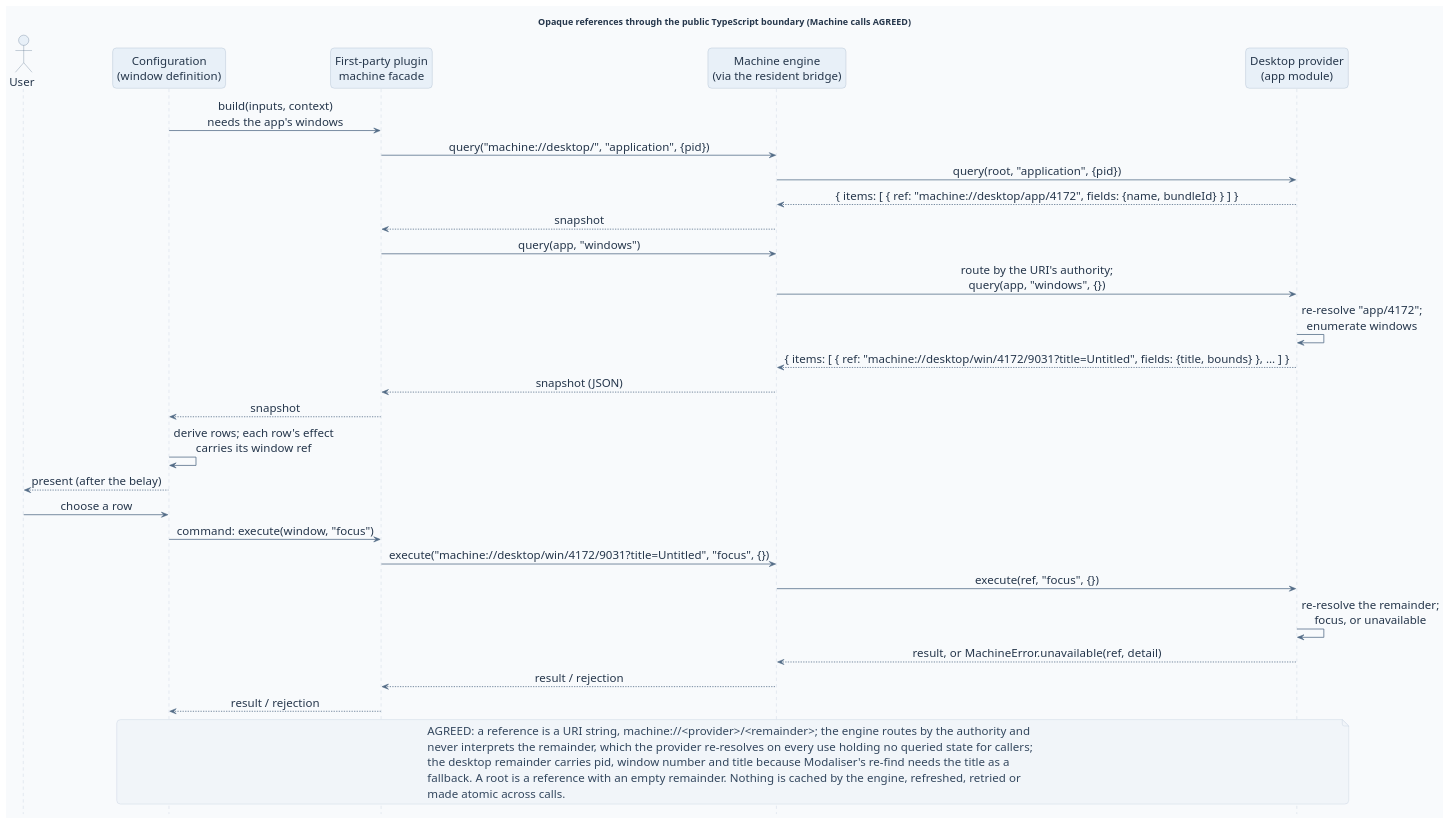
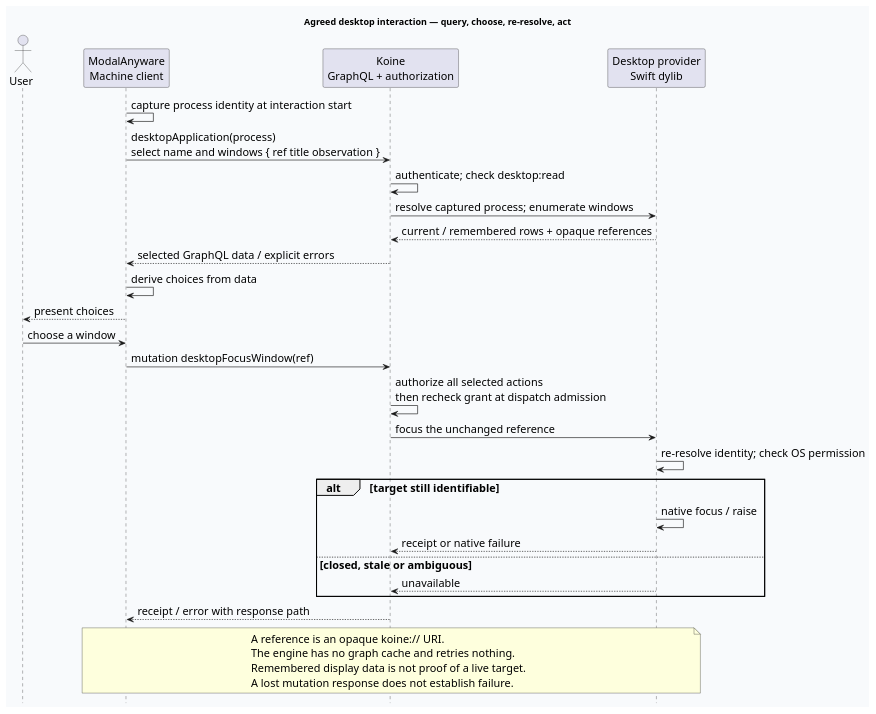
The diagram in docs/design/architecture/addressing.puml (Linkuistics/Koine), drawn with PlantUML before and after one commit. The commit also changed 26 other files, not shown here.

Commit message:
Define approved desktop GraphQL and native provider contract (desktop-contract-k2)

```diff
--- a/docs/design/architecture/addressing.puml
+++ b/docs/design/architecture/addressing.puml
@@ -1,74 +1,38 @@
 @startuml addressing
-' accTitle: Opaque references through the public TypeScript boundary, with the agreed Machine calls
-' accDescr: Configuration asks the first-party plugin for the windows of the application recorded at the leader. The first-party plugin converts the interaction context to a reference with a root query, queries the windows relation through the resident bridge, and the engine routes to the desktop provider, which resolves the relation and returns a snapshot whose items carry references and fields. Configuration derives rows; the chosen row's reference travels unchanged in its effect; the command executes focus on that reference, and the provider re-resolves the key, reporting unavailable if the window has gone.
-
 skinparam backgroundColor #F8FAFC
 skinparam defaultFontName Helvetica
-skinparam defaultFontSize 18
-skinparam defaultFontColor #25364B
+skinparam defaultFontSize 17
 skinparam shadowing false
-skinparam roundCorner 12
-skinparam BoxPadding 12
-skinparam SequenceMessageAlign center
-skinparam sequence {
-  ArrowColor #526B86
-  ArrowThickness 1.2
-  LifeLineBorderColor #B8C7D7
-  LifeLineBackgroundColor #EEF4FA
-  ParticipantBackgroundColor #E8F0F8
-  ParticipantBorderColor #98ADC3
-  ParticipantFontColor #25364B
-  ParticipantFontSize 18
-  ActorBorderColor #526B86
-  ActorBackgroundColor #E8F0F8
-  ActorFontColor #25364B
-  MessageAlign center
-  MessageFontSize 18
-}
-skinparam NoteBackgroundColor #F1F5F9
-skinparam NoteBorderColor #B8C7D7
-skinparam NoteFontColor #33475E
 hide footbox
-
-title Opaque references through the public TypeScript boundary (Machine calls AGREED)
-
+title Agreed desktop interaction — query, choose, re-resolve, act
 actor User
-participant "Configuration\n(window definition)" as Caller
-participant "First-party plugin\nmachine facade" as API
-participant "Machine engine\n(via the resident bridge)" as Machine
-participant "Desktop provider\n(app module)" as Provider
-
-Caller -> API: build(inputs, context)\nneeds the app's windows
-API -> Machine: query("machine://desktop/", "application", {pid})
-Machine -> Provider: query(root, "application", {pid})
-Provider --> Machine: { items: [ { ref: "machine://desktop/app/4172", fields: {name, bundleId} } ] }
-Machine --> API: snapshot
-API -> Machine: query(app, "windows")
-Machine -> Provider: route by the URI's authority;\nquery(app, "windows", {})
-Provider -> Provider: re-resolve "app/4172";\nenumerate windows
-Provider --> Machine: { items: [ { ref: "machine://desktop/win/4172/9031?title=Untitled", fields: {title, bounds} }, … ] }
-Machine --> API: snapshot (JSON)
-API --> Caller: snapshot
-Caller -> Caller: derive rows; each row's effect\ncarries its window ref
-Caller --> User: present (after the belay)
-User -> Caller: choose a row
-Caller -> API: command: execute(window, "focus")
-API -> Machine: execute("machine://desktop/win/4172/9031?title=Untitled", "focus", {})
-Machine -> Provider: execute(ref, "focus", {})
-Provider -> Provider: re-resolve the remainder;\nfocus, or unavailable
-Provider --> Machine: result, or MachineError.unavailable(ref, detail)
-Machine --> API: result / rejection
-API --> Caller: result / rejection
-
-note over Caller,Provider
-AGREED: a reference is a URI string, machine://<provider>/<remainder>; the engine routes by the authority and
-never interprets the remainder, which the provider re-resolves on every use holding no queried state for callers;
-the desktop remainder carries pid, window number and title because Modaliser's re-find needs the title as a
-fallback. A root is a reference with an empty remainder. Nothing is cached by the engine, refreshed, retried or
-made atomic across calls.
+participant "ModalAnyware\nMachine client" as Client
+participant "Koine\nGraphQL + authorization" as Koine
+participant "Desktop provider\nSwift dylib" as Desktop
+Client -> Client: capture process identity at interaction start
+Client -> Koine: desktopApplication(process)\nselect name and windows { ref title observation }
+Koine -> Koine: authenticate; check desktop:read
+Koine -> Desktop: resolve captured process; enumerate windows
+Desktop --> Koine: current / remembered rows + opaque references
+Koine --> Client: selected GraphQL data / explicit errors
+Client -> Client: derive choices from data
+Client --> User: present choices
+User -> Client: choose a window
+Client -> Koine: mutation desktopFocusWindow(ref)
+Koine -> Koine: authorize all selected actions\nthen recheck grant at dispatch admission
+Koine -> Desktop: focus the unchanged reference
+Desktop -> Desktop: re-resolve identity; check OS permission
+alt target still identifiable
+Desktop -> Desktop: native focus / raise
+Desktop --> Koine: receipt or native failure
+else closed, stale or ambiguous
+Desktop --> Koine: unavailable
+end
+Koine --> Client: receipt / error with response path
+note over Client,Desktop
+A reference is an opaque koine:// URI.
+The engine has no graph cache and retries nothing.
+Remembered display data is not proof of a live target.
+A lost mutation response does not establish failure.
 end note
-
-' Agreed: references are opaque and provider-owned; configuration never bypasses the public TS API.
-' AGREED (plugin-packages-k6): the URI encoding, the two calls, the error set and the desktop provider's remainder scheme.
-' Open: cross-provider identity, an atomic instant across calls, command atomicity.
 @enduml
```
